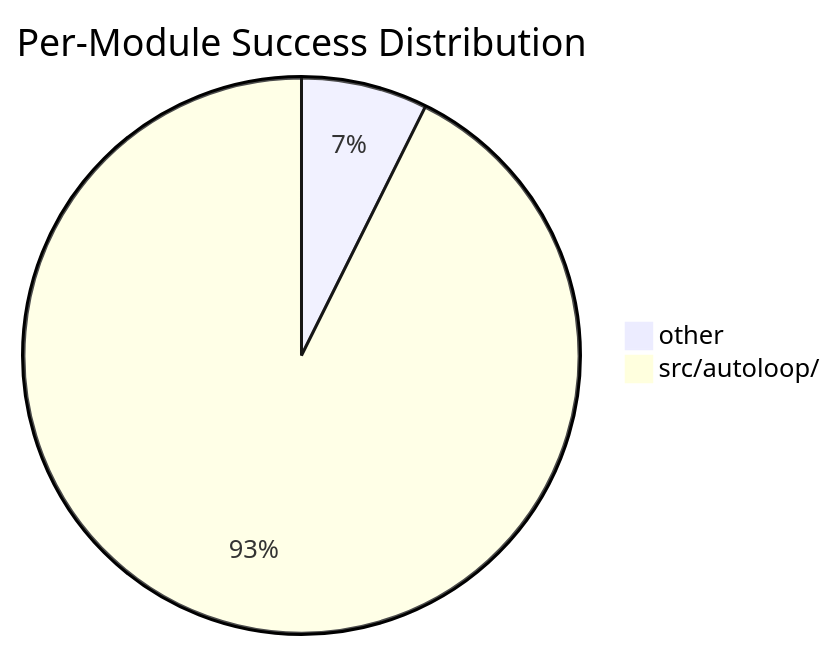
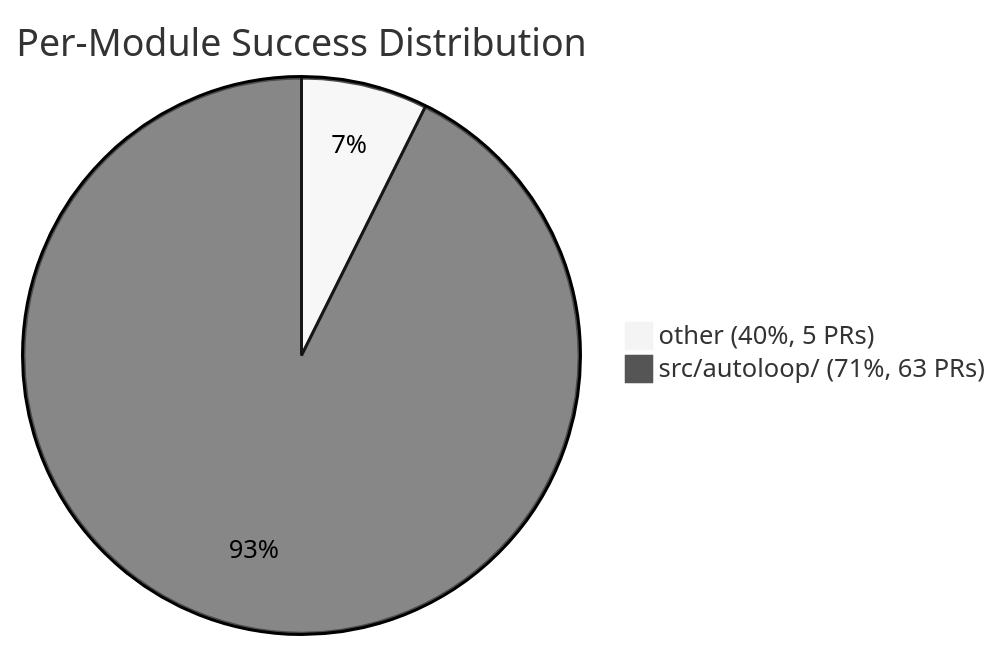
Before and after one commit to Sanctum-Origo-Systems/autoloop: the third of 3 diagrams in EVAL.md, drawn with Mermaid.

Commit message:
chore: update eval report (2026-09-18)

````diff
--- a/EVAL.md
+++ b/EVAL.md
@@ -43,5 +43,6 @@
 ```mermaid
+%%{init: {'theme': 'neutral'}}%%
 pie title Per-Module Success Distribution
-    "other" : 5
-    "src/autoloop/" : 63
+    "other (40%, 5 PRs)" : 5
+    "src/autoloop/ (71%, 63 PRs)" : 63
 ```
````
